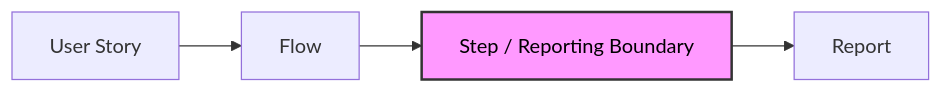
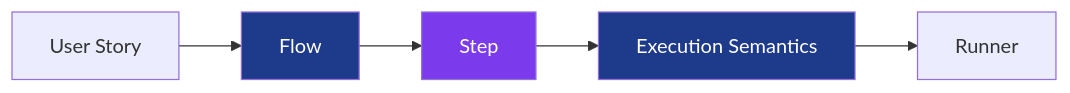
The first of 2 diagrams in packages/step/README.md (secorto/secorto_web), drawn with Mermaid before and after one commit. The commit also changed other lines of this file and 2 other files, not shown here.

First line of the commit message:
Improved step tests (#238)

````diff
--- a/packages/step/README.md
+++ b/packages/step/README.md
@@ -103,8 +42,13 @@
 ```mermaid
 graph LR
-    A[User Story] --> B[Flow]
-    B --> C[Step / Reporting Boundary]
-    C --> D[Report]
+    A[User Story]
+    --> B[Flow]
+    --> C[Step]
+    --> D[Execution Semantics]
+    --> E[Runner]
 
-    style C fill:#f9f,stroke:#333,stroke-width:2px,color:#000
+    style B fill:#1e3a8a,color:#fff
+    style C fill:#7c3aed,color:#fff
+    style D fill:#1e3a8a,color:#fff
+
 ```
````
